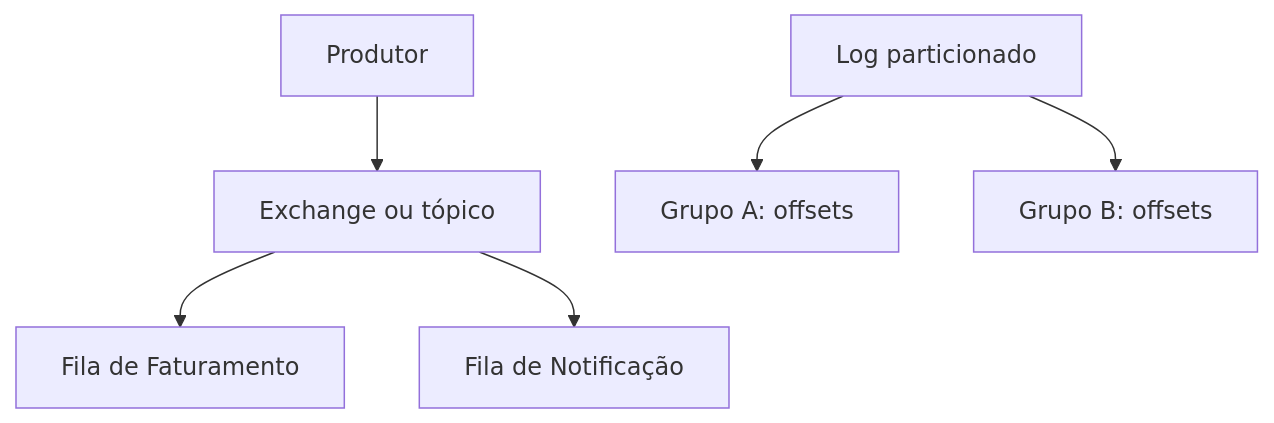
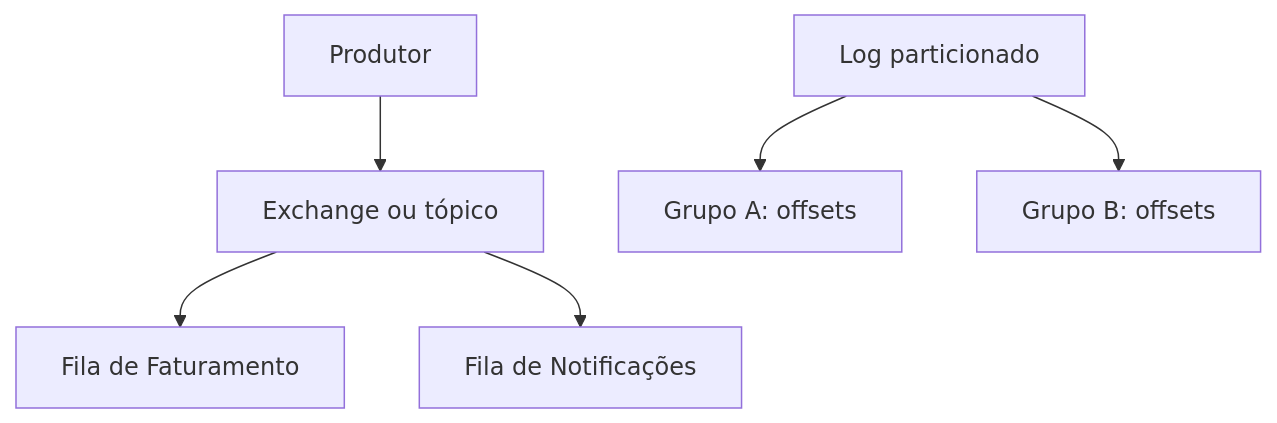
The diagram in docs/modulo-5-eventos/conceitos.md (marco-mendes/arquitetura-software), drawn with Mermaid before and after one commit. The commit also changed other lines of this file and 6 other files, not shown here.

````diff
--- a/docs/modulo-5-eventos/conceitos.md
+++ b/docs/modulo-5-eventos/conceitos.md
@@ -35,8 +35,8 @@
 ```mermaid
 flowchart TB
     P[Produtor] --> X[Exchange ou tópico]
     X --> Q1[Fila de Faturamento]
-    X --> Q2[Fila de Notificação]
+    X --> Q2[Fila de Notificações]
     L[Log particionado] --> G1[Grupo A: offsets]
     L --> G2[Grupo B: offsets]
 ```
````
